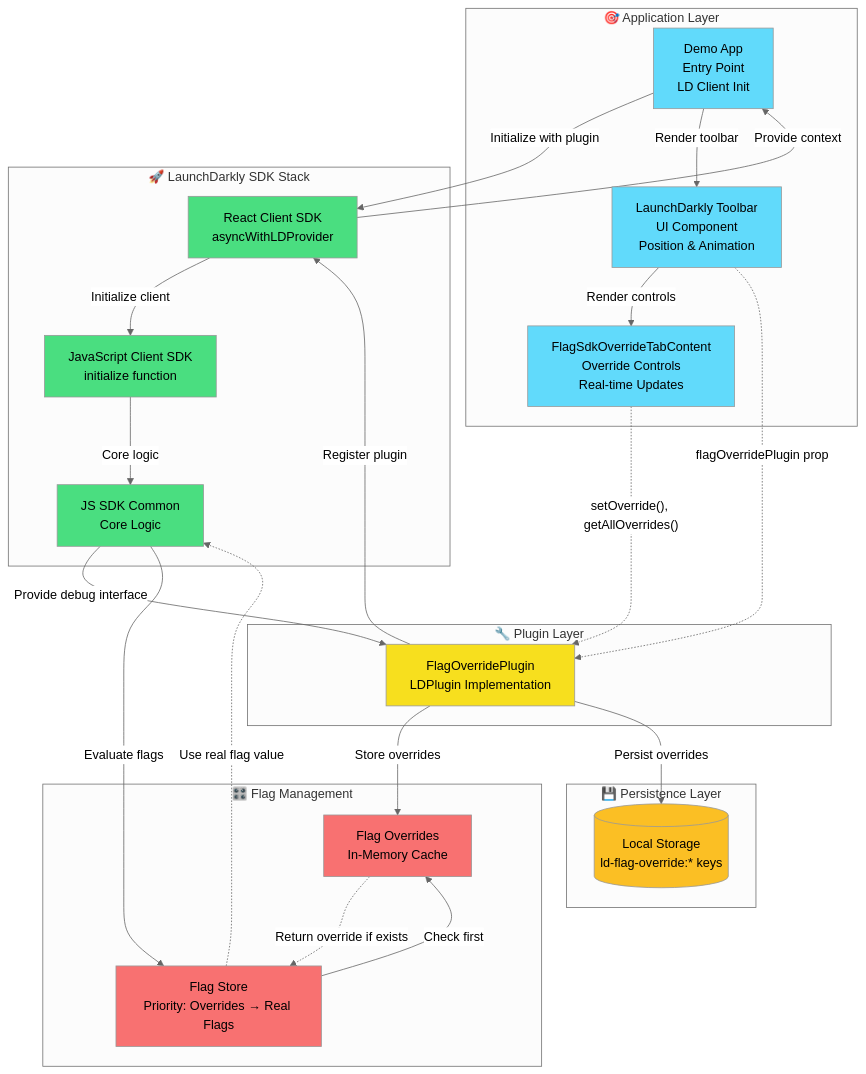
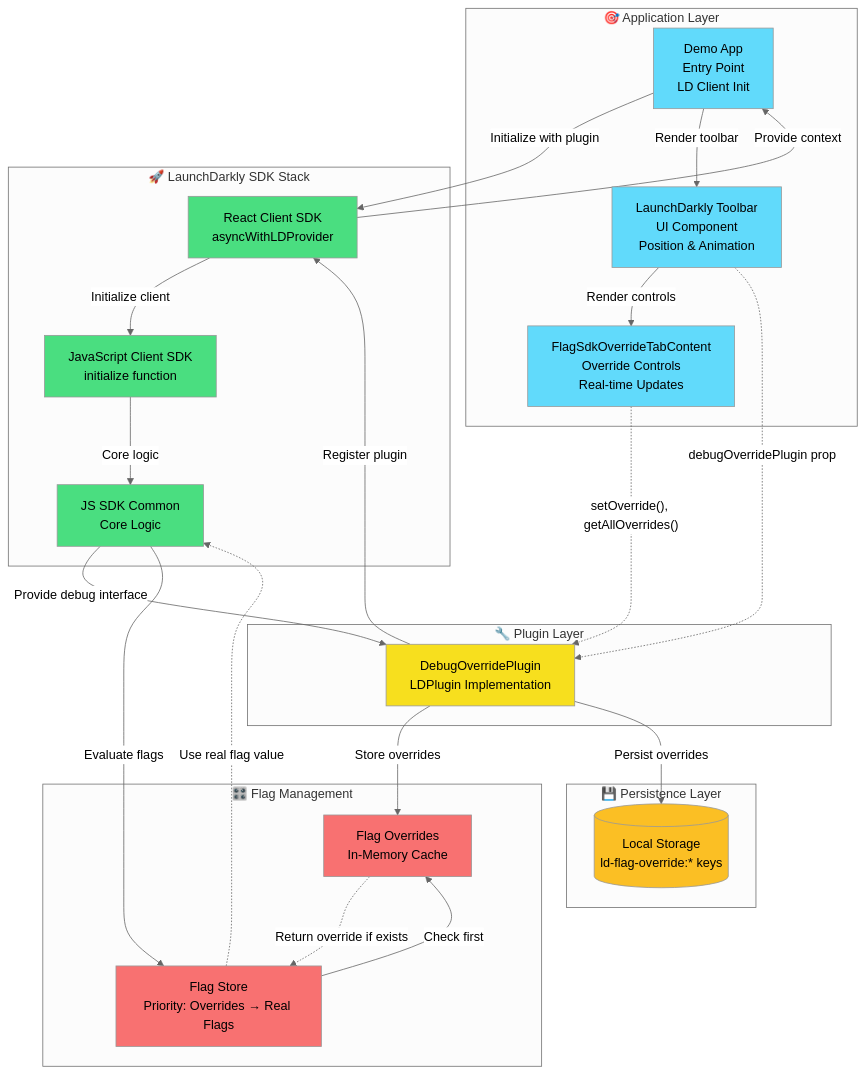
The diagram in docs/plugin-architecture.mermaid (launchdarkly/launchdarkly-toolbar), drawn with Mermaid (neutral theme) before and after one commit. The commit also changed 20 other files, not shown here.

Commit message:
Update flag override to debug override in components and tests

```diff
--- a/docs/plugin-architecture.mermaid
+++ b/docs/plugin-architecture.mermaid
@@ -1,73 +1,73 @@
 graph TB
     %% Main Components
     subgraph "🎯 Application Layer"
         App[Demo App<br/>Entry Point<br/>LD Client Init]
         Toolbar[LaunchDarkly Toolbar<br/>UI Component<br/>Position & Animation]
         TabContent[FlagSdkOverrideTabContent<br/>Override Controls<br/>Real-time Updates]
     end
 
     subgraph "🔧 Plugin Layer"
-        FlagOverridePlugin[FlagOverridePlugin<br/>LDPlugin Implementation]
+        DebugOverridePlugin[DebugOverridePlugin<br/>LDPlugin Implementation]
     end
 
     subgraph "🚀 LaunchDarkly SDK Stack"
         ReactSDK[React Client SDK<br/>asyncWithLDProvider]
         JSSDK[JavaScript Client SDK<br/>initialize function]
         CommonSDK[JS SDK Common<br/>Core Logic]
     end
 
     subgraph "🎛️ Flag Management"
         FlagStore[Flag Store<br/>Priority: Overrides → Real Flags]
         OverrideStore[Flag Overrides<br/>In-Memory Cache]
     end
 
     subgraph "💾 Persistence Layer"
         LocalStorage[(Local Storage<br/>ld-flag-override:* keys)]
     end
 
 
 
     %% 🔄 Plugin Registration & Initialization
     App -->|Initialize with plugin| ReactSDK
     ReactSDK -->|Initialize client| JSSDK
     JSSDK -->|Core logic| CommonSDK
-    FlagOverridePlugin -->|Register plugin| ReactSDK
+    DebugOverridePlugin -->|Register plugin| ReactSDK
 
     %% 🔧 Debug Interface Handshake
-    CommonSDK -->|Provide debug interface| FlagOverridePlugin
-    FlagOverridePlugin -->|Store overrides| OverrideStore
+    CommonSDK -->|Provide debug interface| DebugOverridePlugin
+    DebugOverridePlugin -->|Store overrides| OverrideStore
 
     %% 🎨 Client Flow (JS SDK)
     ReactSDK -->|Provide context| App
     App -->|Render toolbar| Toolbar
     Toolbar -->|Render controls| TabContent
 
     %% ⚡ Direct Plugin Integration
-    Toolbar -.->|flagOverridePlugin prop| FlagOverridePlugin
-    TabContent -.->|"setOverride(), getAllOverrides()"| FlagOverridePlugin
+    Toolbar -.->|debugOverridePlugin prop| DebugOverridePlugin
+    TabContent -.->|"setOverride(), getAllOverrides()"| DebugOverridePlugin
 
 
 
     %% 💾 Storage Management
-    FlagOverridePlugin -->|Persist overrides| LocalStorage
+    DebugOverridePlugin -->|Persist overrides| LocalStorage
 
     %% 🎯 Flag Evaluation Priority
     CommonSDK -->|Evaluate flags| FlagStore
     FlagStore -->|Check first| OverrideStore
     OverrideStore -.->|Return override if exists| FlagStore
     FlagStore -.->|Use real flag value| CommonSDK
 
 
 
     %% Styling
     classDef app fill:#61dafb,color:black
     classDef plugin fill:#f7df1e,color:black
     classDef sdk fill:#4ade80,color:black
     classDef storage fill:#fbbf24,color:black
     classDef flags fill:#f87171,color:black
 
     class App,Toolbar,TabContent app
-    class FlagOverridePlugin plugin
+    class DebugOverridePlugin plugin
     class ReactSDK,JSSDK,CommonSDK sdk
     class FlagStore,OverrideStore flags
     class LocalStorage storage
```
